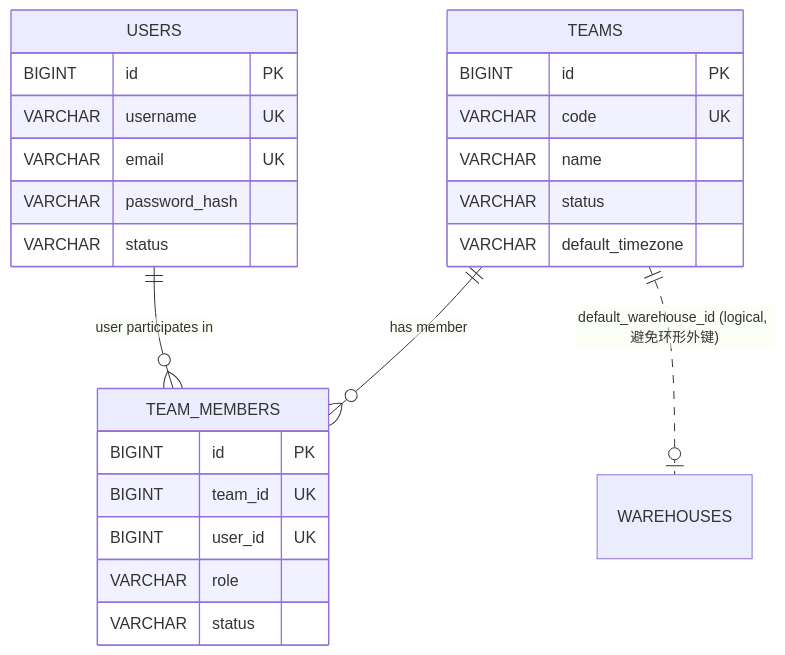
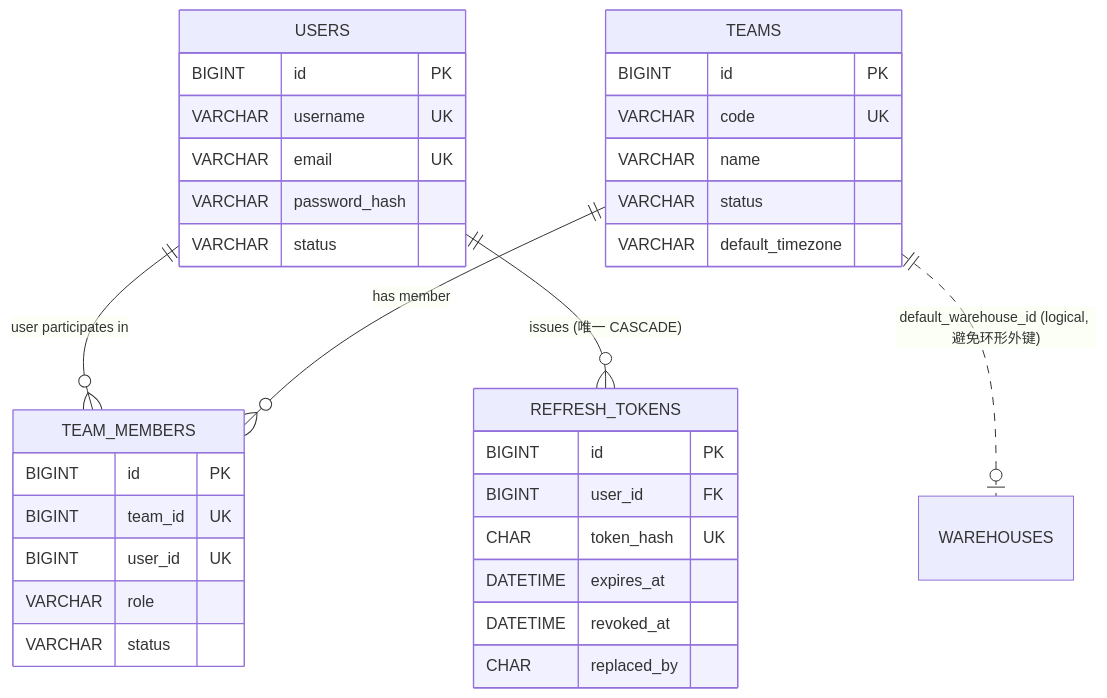
Before and after one commit to xy98773-jpg/shoppilot-ai: the second of 7 diagrams in docs/02-database/ER_DIAGRAM.md, drawn with Mermaid. The commit also changed other lines of this file and 6 other files, not shown here.

````diff
--- a/docs/02-database/ER_DIAGRAM.md
+++ b/docs/02-database/ER_DIAGRAM.md
@@ -195,27 +204,36 @@
 ```mermaid
 erDiagram
     USERS {
         BIGINT id PK
         VARCHAR username UK
         VARCHAR email UK
         VARCHAR password_hash
         VARCHAR status
     }
     TEAMS {
         BIGINT id PK
         VARCHAR code UK
         VARCHAR name
         VARCHAR status
         VARCHAR default_timezone
     }
     TEAM_MEMBERS {
         BIGINT id PK
         BIGINT team_id UK
         BIGINT user_id UK
         VARCHAR role
         VARCHAR status
     }
+    REFRESH_TOKENS {
+        BIGINT id PK
+        BIGINT user_id FK
+        CHAR token_hash UK
+        DATETIME expires_at
+        DATETIME revoked_at
+        CHAR replaced_by
+    }
     USERS ||--o{ TEAM_MEMBERS : "user participates in"
     TEAMS ||--o{ TEAM_MEMBERS : "has member"
+    USERS ||--o{ REFRESH_TOKENS : "issues (唯一 CASCADE)"
     TEAMS ||..o| WAREHOUSES : "default_warehouse_id (logical, 避免环形外键)"
 ```
````
